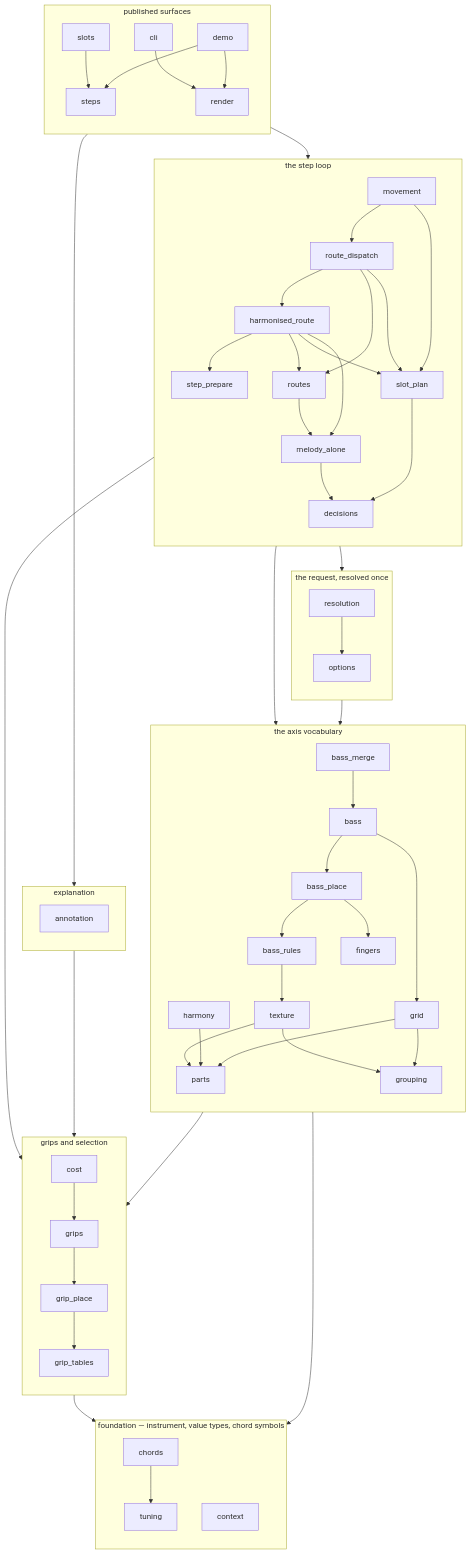
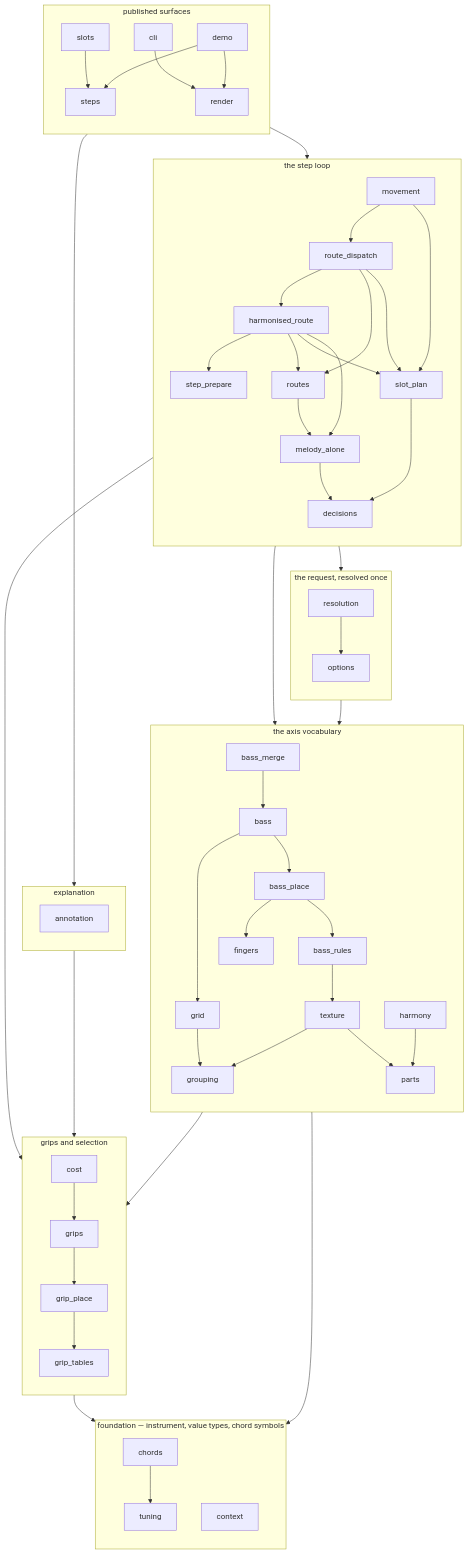
Before and after one commit to jcundill/arranger: the first of 2 diagrams in docs/dependency-dag.md, drawn with Mermaid. The commit also changed 33 other files, not shown here.

```diff
--- a/docs/dependency-dag.md
+++ b/docs/dependency-dag.md
@@ -92,7 +92,6 @@
         texture --> grouping
         harmony --> parts
         grid --> grouping
-        grid --> parts
     end
 
     subgraph layer_explanation["explanation"]
```
